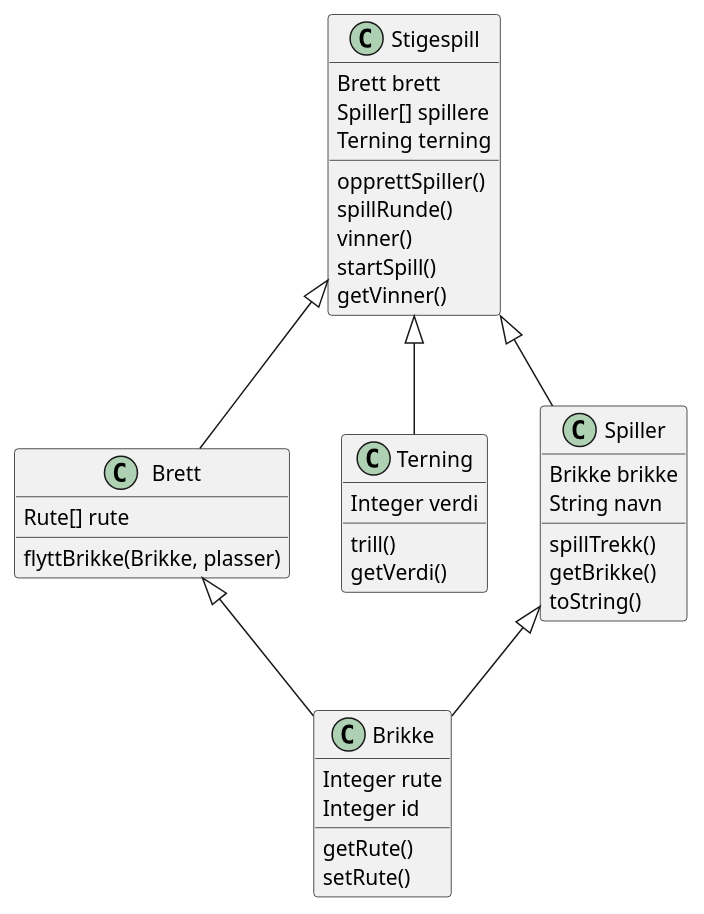
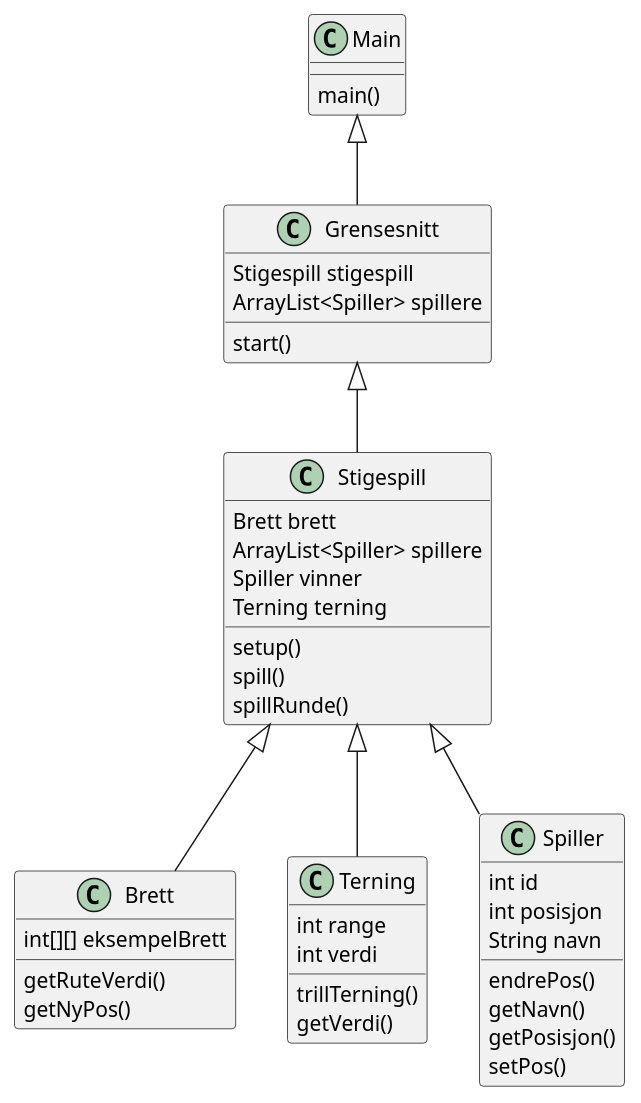
One commit to S571736/DAT109_oblig1 changed the diagram in src/no/hvl/DAT109/Diagrams/Domenemodell.puml. Above: the diagram before and after it, drawn with PlantUML. The commit also changed 3 other files, not shown here.

```diff
--- a/src/no/hvl/DAT109/Diagrams/Domenemodell.puml
+++ b/src/no/hvl/DAT109/Diagrams/Domenemodell.puml
@@ -1,44 +1,55 @@
 @startuml
 class Brett{
-    Rute[] rute
-    flyttBrikke(Brikke, plasser)
-}
-class Brikke{
-    Integer rute
-    Integer id
-    getRute()
-    setRute()
+    int[][] eksempelBrett
+    getRuteVerdi()
+    getNyPos()
 }
 
 
 class Terning{
-    Integer verdi
-    trill()
+    int range
+    int verdi
+    trillTerning()
     getVerdi()
 }
 
 class Spiller{
-    Brikke brikke
+    int id
+    int posisjon
     String navn
-    spillTrekk()
-    getBrikke()
-    toString()
+    endrePos()
+    getNavn()
+    getPosisjon()
+    setPos()
 }
 
 class Stigespill{
     Brett brett
-    Spiller[] spillere
+    ArrayList<Spiller> spillere
+    Spiller vinner
     Terning terning
-    opprettSpiller()
+
+    setup()
+    spill()
     spillRunde()
-    vinner()
-    startSpill()
-    getVinner()
 }
+
+class Main{
+    main()
+}
+
+class Grensesnitt{
+    Stigespill stigespill
+    ArrayList<Spiller> spillere
+    start()
+}
+
 Stigespill <|-- Spiller
 Stigespill <|-- Terning
 Stigespill <|-- Brett
-Spiller <|-- Brikke
-Brett <|-- Brikke
+Grensesnitt <|-- Stigespill
+Main <|-- Grensesnitt
+
+
 
 @enduml
```
